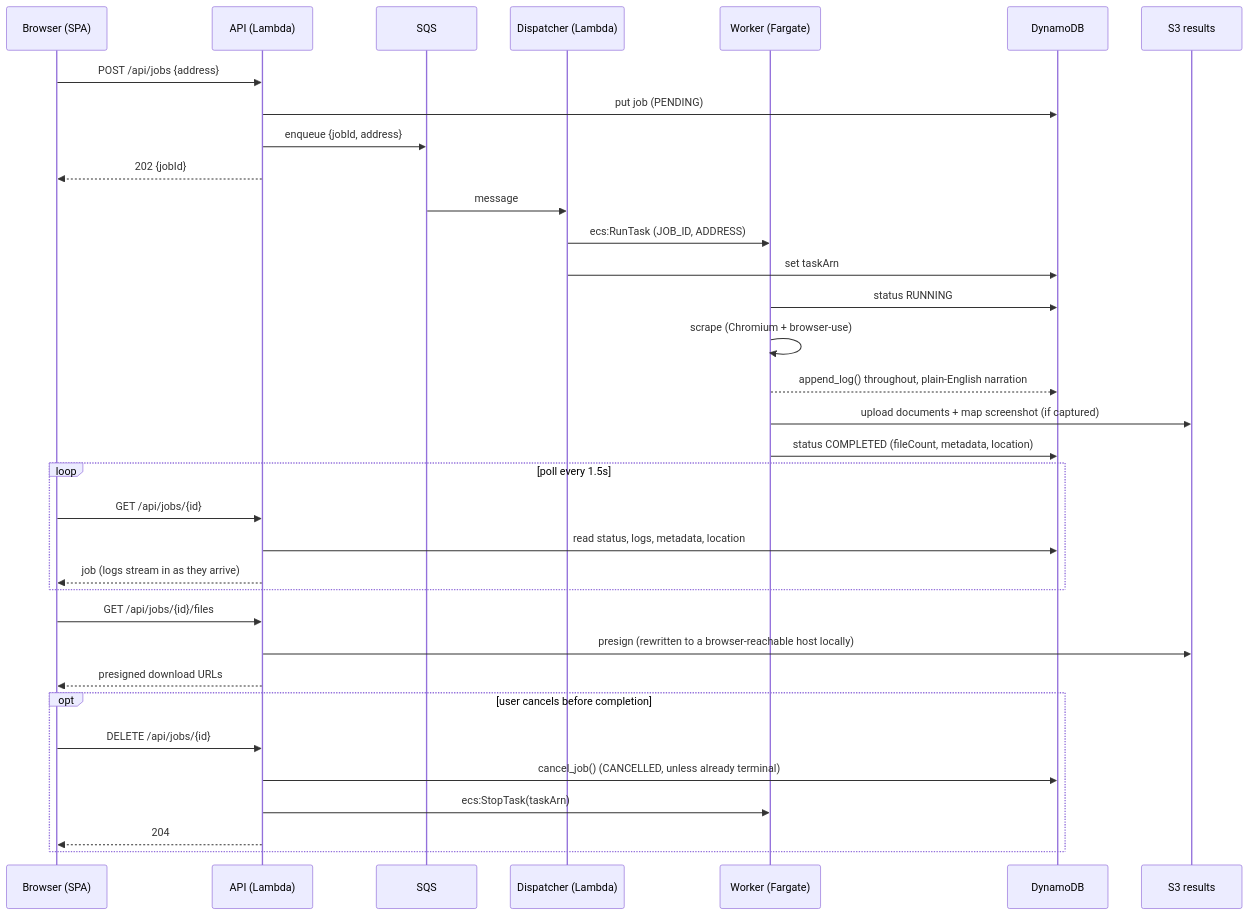
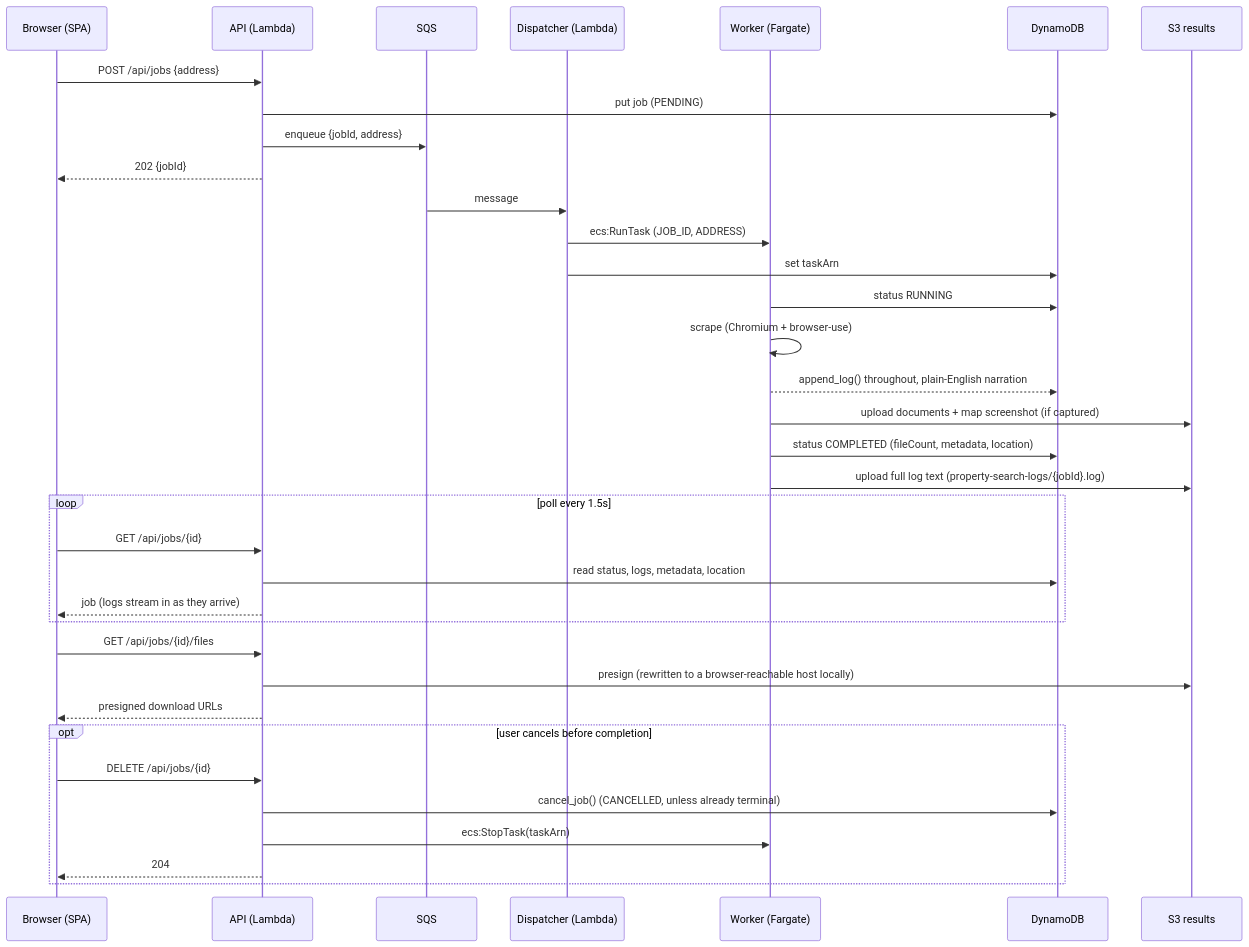
The second of 4 diagrams in docs/architecture.md (jjacks25/survey-art), drawn with Mermaid before and after one commit. The commit also changed other lines of this file and 13 other files, not shown here.

First line of the commit message:
Split job logs into milestones vs. technical detail, archive full logs to S3, and grant the API Lambda dynamodb:Scan

````diff
--- a/docs/architecture.md
+++ b/docs/architecture.md
@@ -74,38 +74,39 @@
 ```mermaid
 sequenceDiagram
     participant U as Browser (SPA)
     participant A as API (Lambda)
     participant Q as SQS
     participant D as Dispatcher (Lambda)
     participant W as Worker (Fargate)
     participant DB as DynamoDB
     participant S3 as S3 results
 
     U->>A: POST /api/jobs {address}
     A->>DB: put job (PENDING)
     A->>Q: enqueue {jobId, address}
     A-->>U: 202 {jobId}
     Q->>D: message
     D->>W: ecs:RunTask (JOB_ID, ADDRESS)
     D->>DB: set taskArn
     W->>DB: status RUNNING
     W->>W: scrape (Chromium + browser-use)
     W-->>DB: append_log() throughout, plain-English narration
     W->>S3: upload documents + map screenshot (if captured)
     W->>DB: status COMPLETED (fileCount, metadata, location)
+    W->>S3: upload full log text (property-search-logs/{jobId}.log)
     loop poll every 1.5s
         U->>A: GET /api/jobs/{id}
         A->>DB: read status, logs, metadata, location
         A-->>U: job (logs stream in as they arrive)
     end
     U->>A: GET /api/jobs/{id}/files
     A->>S3: presign (rewritten to a browser-reachable host locally)
     A-->>U: presigned download URLs
 
     opt user cancels before completion
         U->>A: DELETE /api/jobs/{id}
         A->>DB: cancel_job() (CANCELLED, unless already terminal)
         A->>W: ecs:StopTask(taskArn)
         A-->>U: 204
     end
 ```
````
